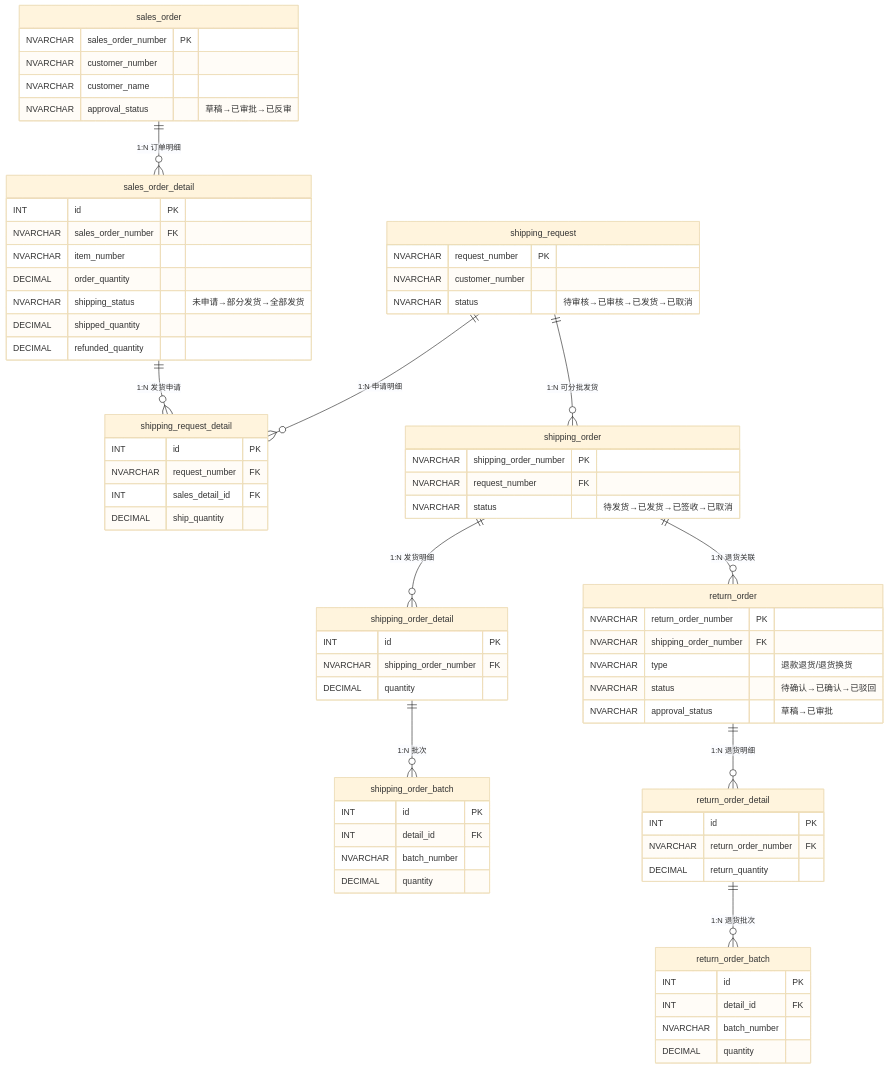
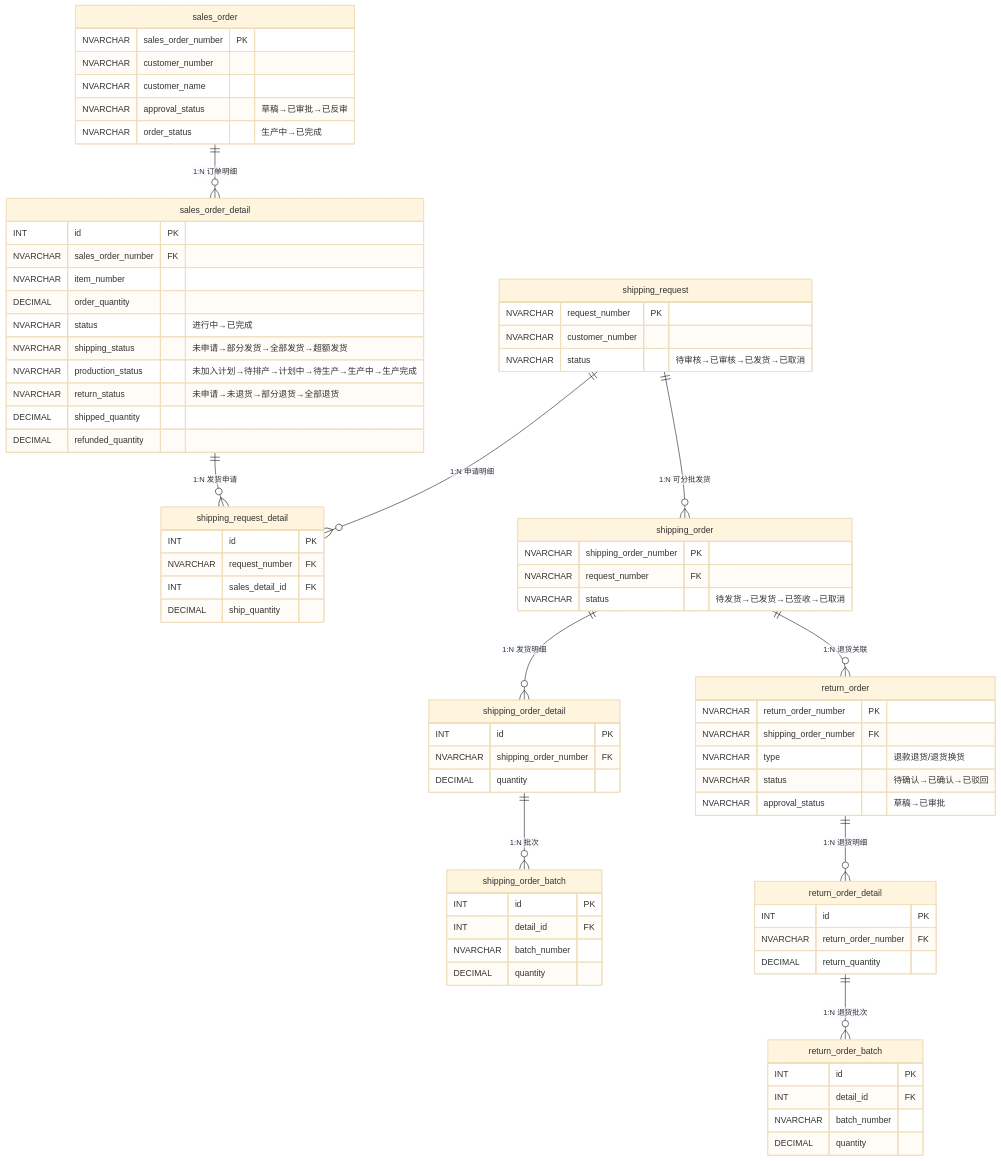
Before and after one commit to Darren2676/powder: the second of 16 diagrams in docs/销售管理-从订单到发货到退货全流程方案.md, drawn with Mermaid (base theme). The commit also changed other lines of this file, not shown here.

Commit message:
docs(sales): 更新全流程方案-补充P3状态闭环修复(return_status/production_status/行状态/订单头联动)

````diff
--- a/docs/销售管理-从订单到发货到退货全流程方案.md
+++ b/docs/销售管理-从订单到发货到退货全流程方案.md
@@ -44,73 +44,77 @@
 ```mermaid
 erDiagram
     sales_order ||--o{ sales_order_detail : "1:N 订单明细"
     sales_order_detail ||--o{ shipping_request_detail : "1:N 发货申请"
     shipping_request ||--o{ shipping_request_detail : "1:N 申请明细"
     shipping_request ||--o{ shipping_order : "1:N 可分批发货"
     shipping_order ||--o{ shipping_order_detail : "1:N 发货明细"
     shipping_order_detail ||--o{ shipping_order_batch : "1:N 批次"
     shipping_order ||--o{ return_order : "1:N 退货关联"
     return_order ||--o{ return_order_detail : "1:N 退货明细"
     return_order_detail ||--o{ return_order_batch : "1:N 退货批次"
 
     sales_order {
         NVARCHAR sales_order_number PK
         NVARCHAR customer_number
         NVARCHAR customer_name
         NVARCHAR approval_status "草稿→已审批→已反审"
+        NVARCHAR order_status "生产中→已完成"
     }
     sales_order_detail {
         INT id PK
         NVARCHAR sales_order_number FK
         NVARCHAR item_number
         DECIMAL order_quantity
-        NVARCHAR shipping_status "未申请→部分发货→全部发货"
+        NVARCHAR status "进行中→已完成"
+        NVARCHAR shipping_status "未申请→部分发货→全部发货→超额发货"
+        NVARCHAR production_status "未加入计划→待排产→计划中→待生产→生产中→生产完成"
+        NVARCHAR return_status "未申请→未退货→部分退货→全部退货"
         DECIMAL shipped_quantity
         DECIMAL refunded_quantity
     }
     shipping_request {
         NVARCHAR request_number PK
         NVARCHAR customer_number
         NVARCHAR status "待审核→已审核→已发货→已取消"
     }
     shipping_request_detail {
         INT id PK
         NVARCHAR request_number FK
         INT sales_detail_id FK
         DECIMAL ship_quantity
     }
     shipping_order {
         NVARCHAR shipping_order_number PK
         NVARCHAR request_number FK
         NVARCHAR status "待发货→已发货→已签收→已取消"
     }
     shipping_order_detail {
         INT id PK
         NVARCHAR shipping_order_number FK
         DECIMAL quantity
     }
     shipping_order_batch {
         INT id PK
         INT detail_id FK
         NVARCHAR batch_number
         DECIMAL quantity
     }
     return_order {
         NVARCHAR return_order_number PK
         NVARCHAR shipping_order_number FK
         NVARCHAR type "退款退货/退货换货"
         NVARCHAR status "待确认→已确认→已驳回"
         NVARCHAR approval_status "草稿→已审批"
     }
     return_order_detail {
         INT id PK
         NVARCHAR return_order_number FK
         DECIMAL return_quantity
     }
     return_order_batch {
         INT id PK
         INT detail_id FK
         NVARCHAR batch_number
         DECIMAL quantity
     }
 ```
````
